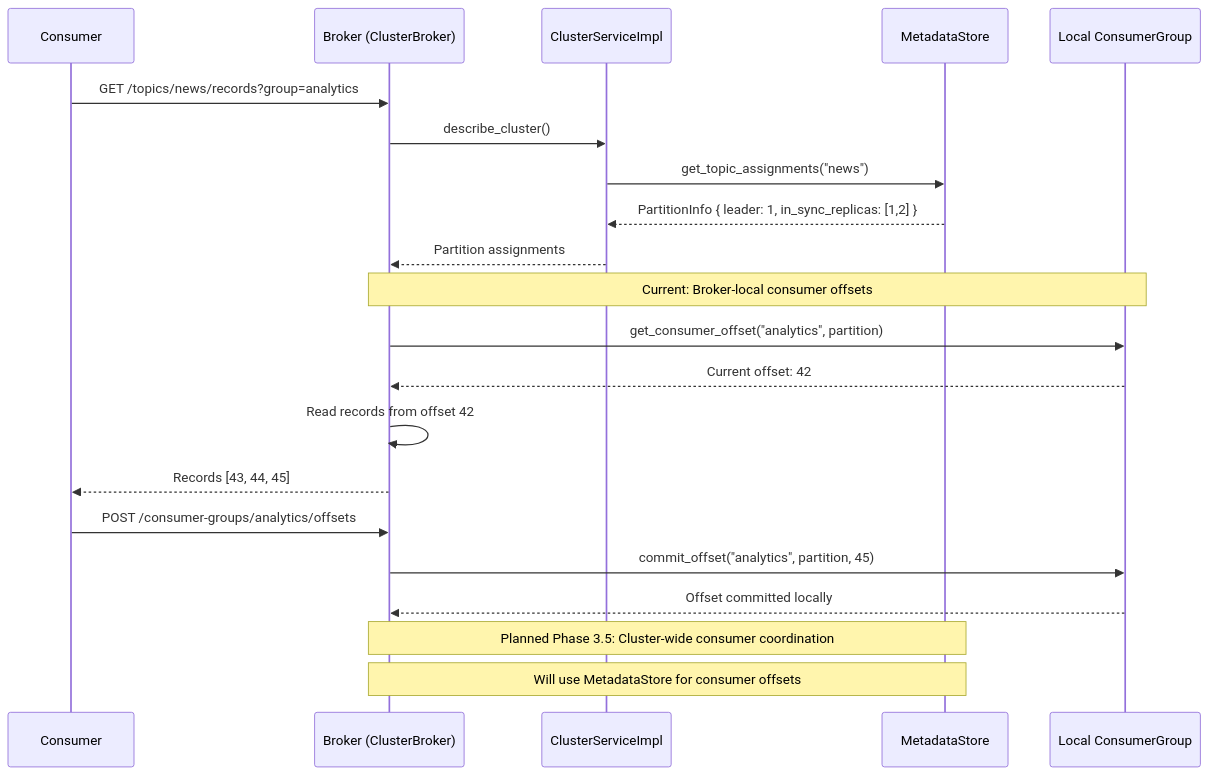
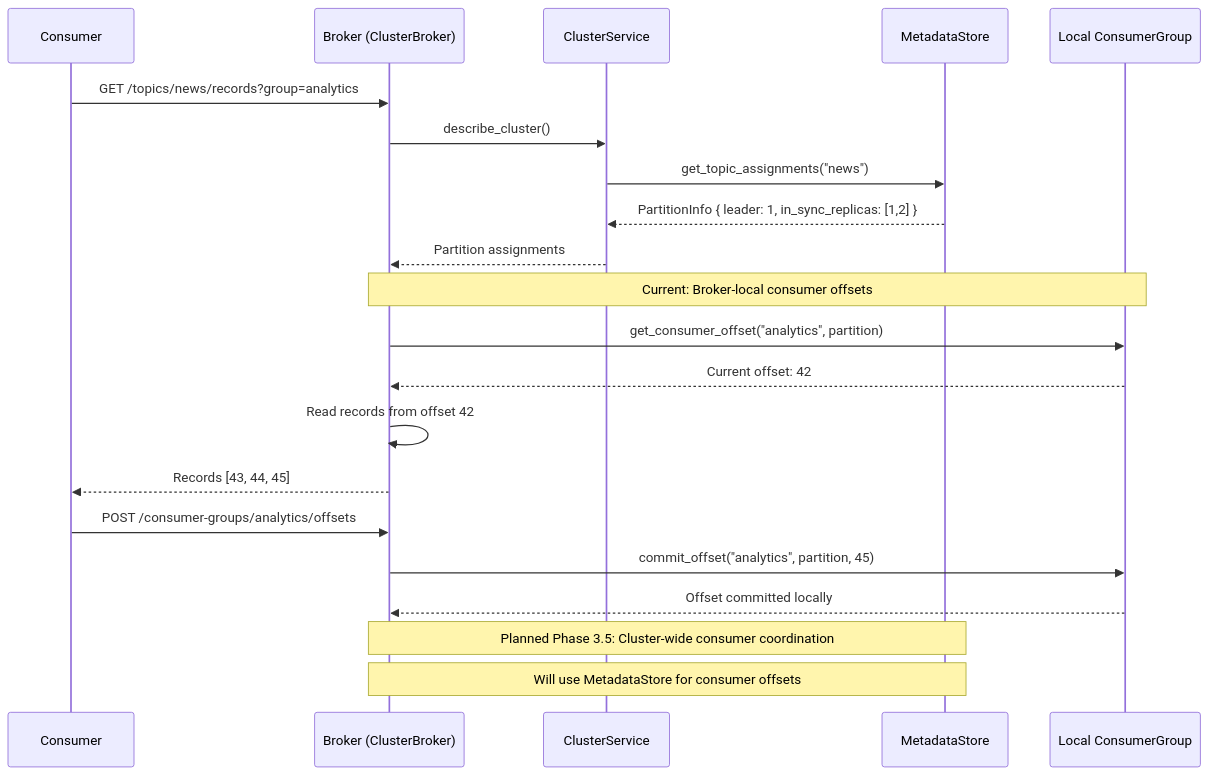
Before and after one commit to harshitmahapatra/flashq: the third of 4 diagrams in crates/flashq-cluster/README.md, drawn with Mermaid. The commit also changed other lines of this file and 2 other files, not shown here.

First line of the commit message:
Use ClusterService trait instead of concrete type in flashq-grpc

````diff
--- a/crates/flashq-cluster/README.md
+++ b/crates/flashq-cluster/README.md
@@ -114,28 +115,28 @@
 ```mermaid
 sequenceDiagram
     participant Consumer as Consumer
     participant Broker as Broker (ClusterBroker)
-    participant CSI as ClusterServiceImpl
+    participant CS as ClusterService
     participant MS as MetadataStore
     participant LocalCG as Local ConsumerGroup
 
     Consumer->>Broker: GET /topics/news/records?group=analytics
-    Broker->>CSI: describe_cluster()
-    CSI->>MS: get_topic_assignments("news")
-    MS-->>CSI: PartitionInfo { leader: 1, in_sync_replicas: [1,2] }
-    CSI-->>Broker: Partition assignments
+    Broker->>CS: describe_cluster()
+    CS->>MS: get_topic_assignments("news")
+    MS-->>CS: PartitionInfo { leader: 1, in_sync_replicas: [1,2] }
+    CS-->>Broker: Partition assignments
 
     Note over Broker,LocalCG: Current: Broker-local consumer offsets
     Broker->>LocalCG: get_consumer_offset("analytics", partition)
     LocalCG-->>Broker: Current offset: 42
 
     Broker->>Broker: Read records from offset 42
     Broker-->>Consumer: Records [43, 44, 45]
 
     Consumer->>Broker: POST /consumer-groups/analytics/offsets
     Broker->>LocalCG: commit_offset("analytics", partition, 45)
     LocalCG-->>Broker: Offset committed locally
 
     Note over Broker,MS: Planned Phase 3.5: Cluster-wide consumer coordination
     Note over Broker,MS: Will use MetadataStore for consumer offsets
 ```
````
